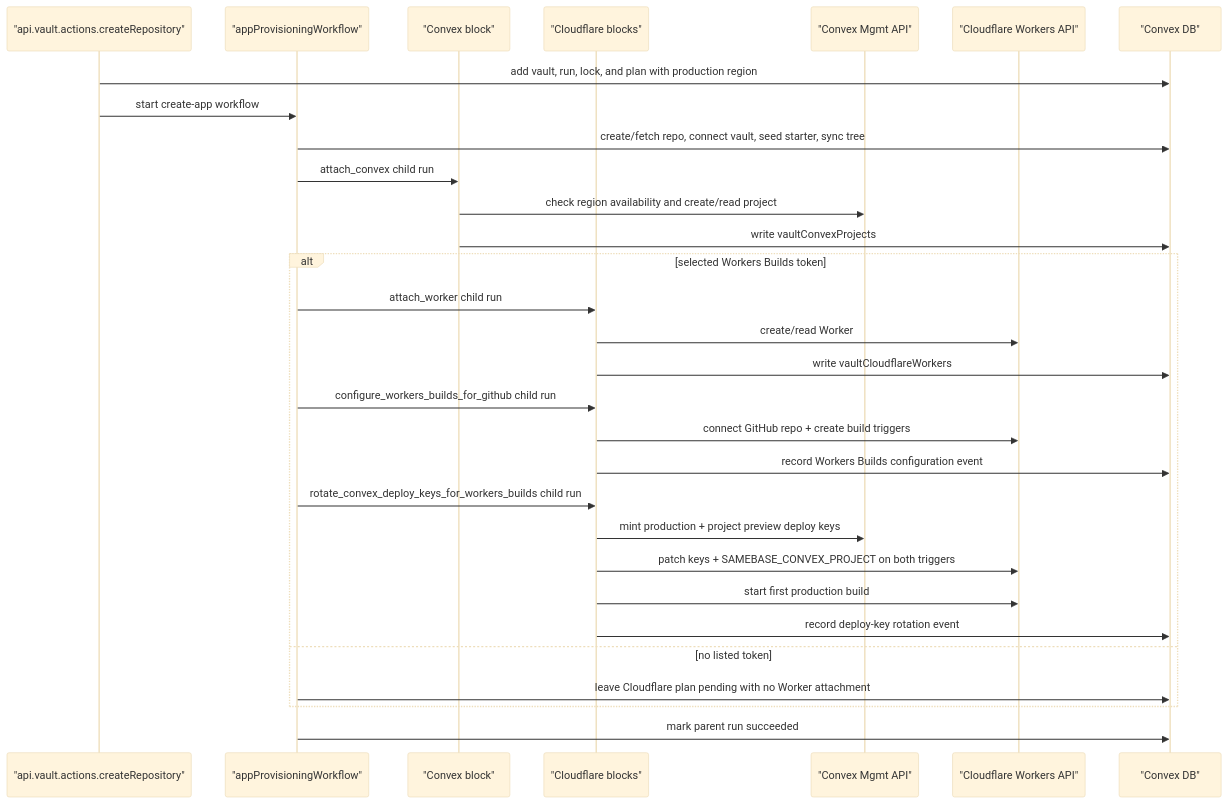
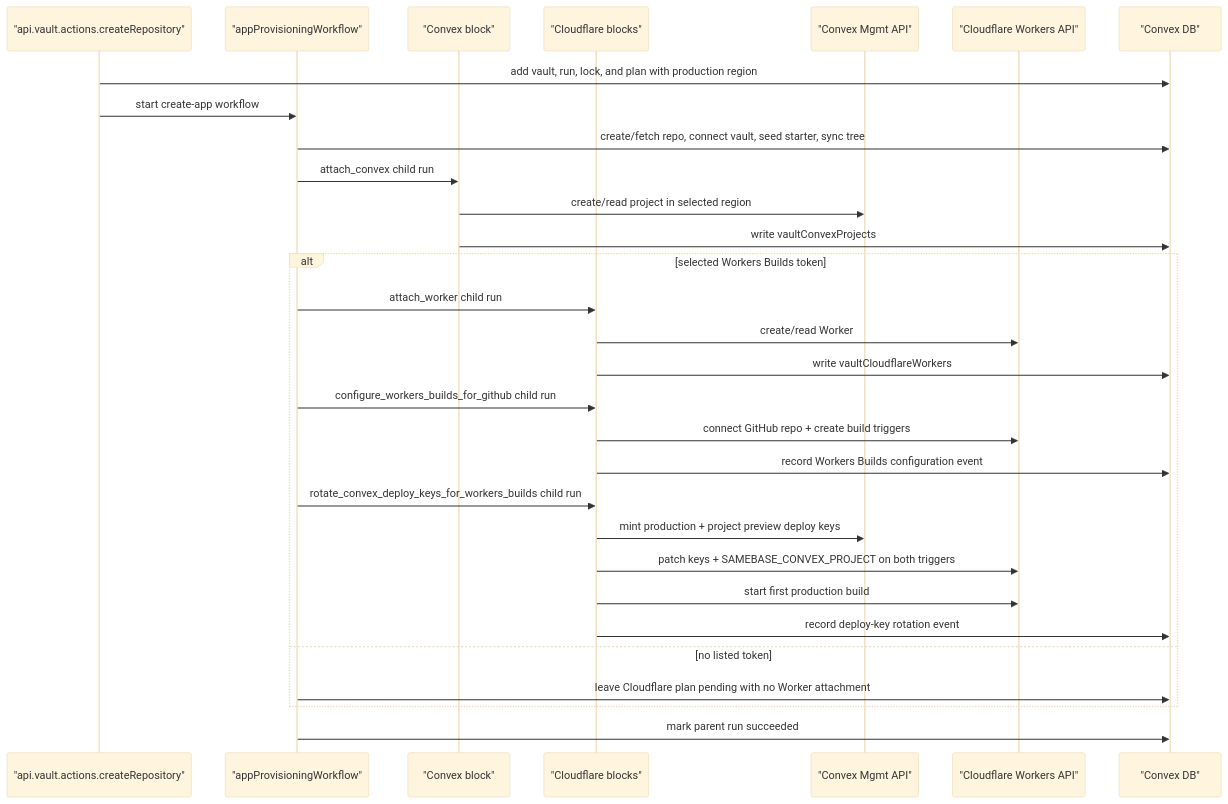
The diagram in specs/003_VAULT_INFRA_PROVISIONING_SPEC.md (samebase/samebase), drawn with Mermaid (base theme) before and after one commit. The commit also changed other lines of this file and 50 other files, not shown here.

````diff
--- a/specs/003_VAULT_INFRA_PROVISIONING_SPEC.md
+++ b/specs/003_VAULT_INFRA_PROVISIONING_SPEC.md
@@ -444,33 +429,33 @@
 ```mermaid
 sequenceDiagram
   participant VA as "api.vault.actions.createRepository"
   participant WF as "appProvisioningWorkflow"
   participant CVXB as "Convex block"
   participant CFB as "Cloudflare blocks"
   participant CVX as "Convex Mgmt API"
   participant CFL as "Cloudflare Workers API"
   participant DB as "Convex DB"
 
   VA->>DB: add vault, run, lock, and plan with production region
   VA->>WF: start create-app workflow
   WF->>DB: create/fetch repo, connect vault, seed starter, sync tree
   WF->>CVXB: attach_convex child run
-  CVXB->>CVX: check region availability and create/read project
+  CVXB->>CVX: create/read project in selected region
   CVXB->>DB: write vaultConvexProjects
   alt selected Workers Builds token
     WF->>CFB: attach_worker child run
     CFB->>CFL: create/read Worker
     CFB->>DB: write vaultCloudflareWorkers
     WF->>CFB: configure_workers_builds_for_github child run
     CFB->>CFL: connect GitHub repo + create build triggers
     CFB->>DB: record Workers Builds configuration event
     WF->>CFB: rotate_convex_deploy_keys_for_workers_builds child run
     CFB->>CVX: mint production + project preview deploy keys
     CFB->>CFL: patch keys + SAMEBASE_CONVEX_PROJECT on both triggers
     CFB->>CFL: start first production build
     CFB->>DB: record deploy-key rotation event
   else no listed token
     WF->>DB: leave Cloudflare plan pending with no Worker attachment
   end
   WF->>DB: mark parent run succeeded
 ```
````
